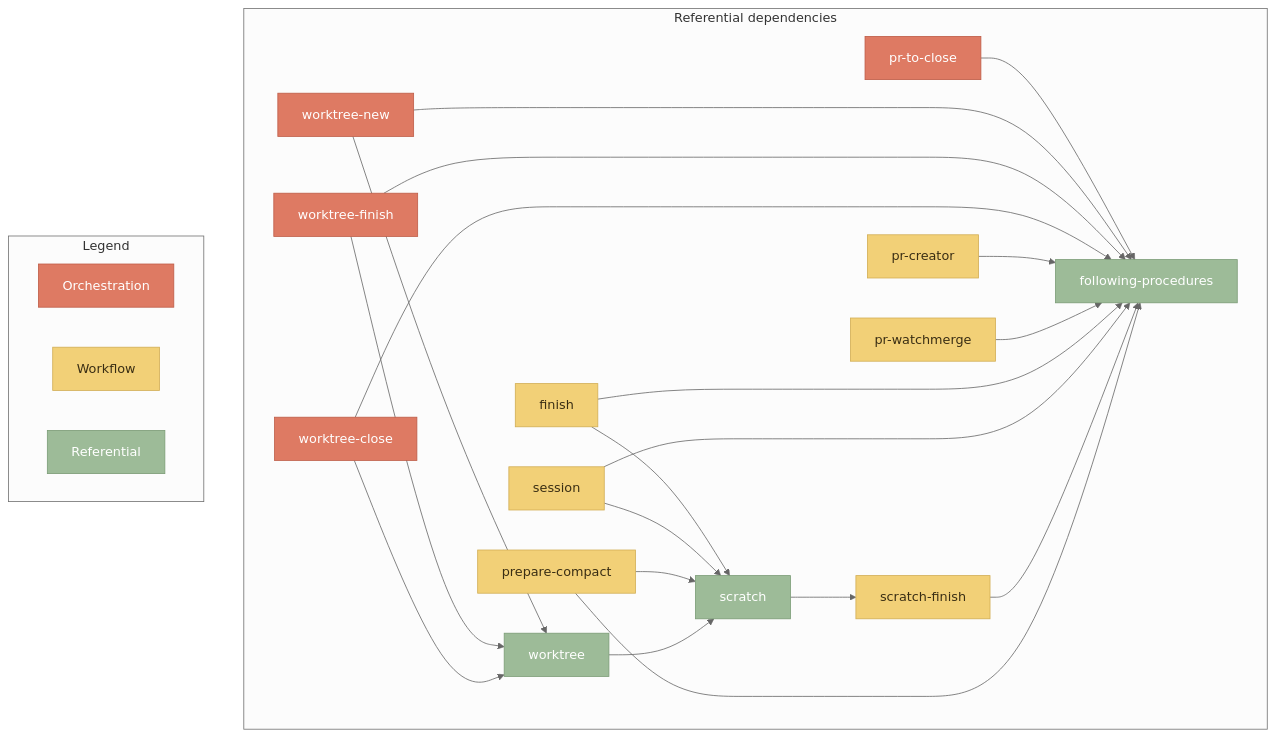
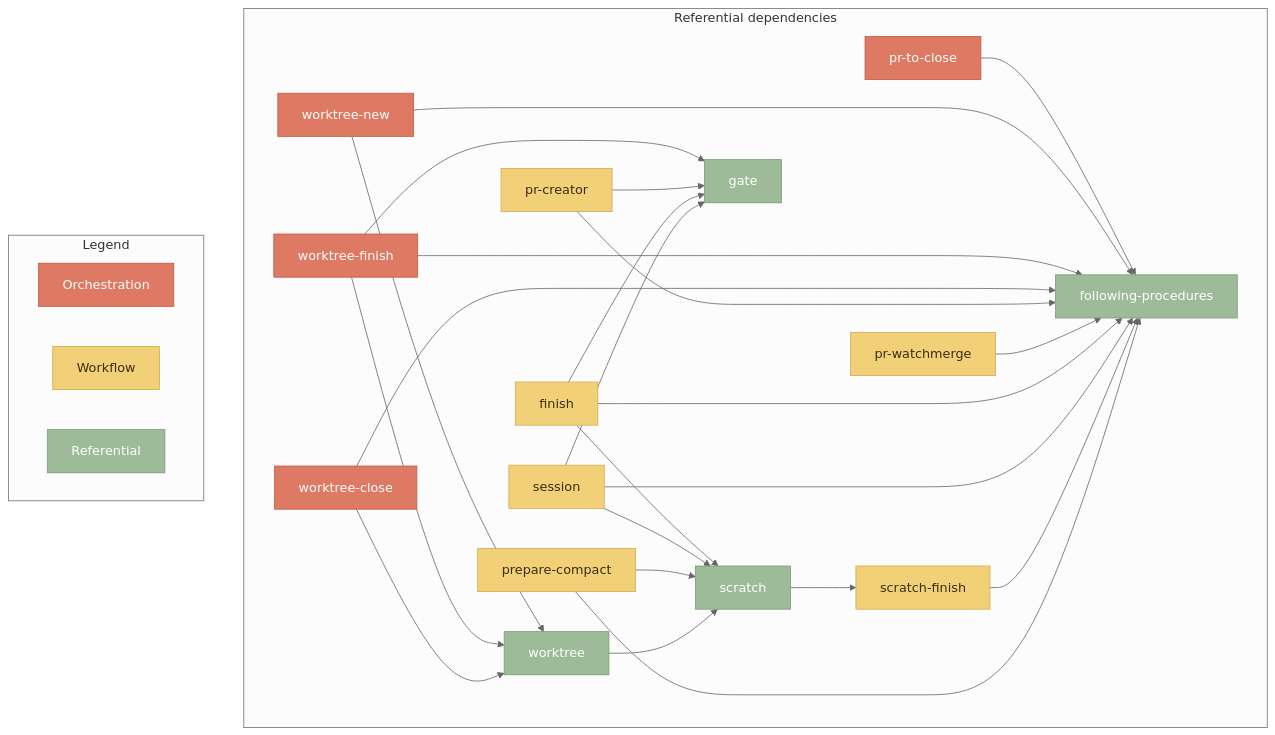
The diagram in docs/diagrams/skill-relations-referential.mmd (FAZuH/agent), drawn with Mermaid before and after one commit. The commit also changed 3 other files, not shown here.

First line of the commit message:
docs: gate vocabulary in README, diagram, and commit-scopes doc

```diff
--- a/docs/diagrams/skill-relations-referential.mmd
+++ b/docs/diagrams/skill-relations-referential.mmd
@@ -1,58 +1,64 @@
 ---
 config:
   theme: 'neutral'
 ---
 flowchart TD
     subgraph refdeps["Referential dependencies"]
         direction LR
         following_procedures["following-procedures"]
         scratch["scratch"]
         worktree["worktree"]
+        gate["gate"]
 
         pr_to_close_r["pr-to-close"]
         worktree_new_r["worktree-new"]
         worktree_finish_r["worktree-finish"]
         worktree_close_r["worktree-close"]
         pr_creator_r["pr-creator"]
         pr_watchmerge_r["pr-watchmerge"]
         finish_r["finish"]
         session_r["session"]
         scratch_finish_r["scratch-finish"]
         prepare_compact_r["prepare-compact"]
 
         pr_to_close_r --> following_procedures
         worktree_new_r --> following_procedures
         worktree_finish_r --> following_procedures
         worktree_close_r --> following_procedures
         pr_creator_r --> following_procedures
         pr_watchmerge_r --> following_procedures
         finish_r --> following_procedures
         session_r --> following_procedures
         scratch_finish_r --> following_procedures
         prepare_compact_r --> following_procedures
 
         worktree_new_r --> worktree
         worktree_finish_r --> worktree
         worktree_close_r --> worktree
 
         finish_r --> scratch
         session_r --> scratch
         prepare_compact_r --> scratch
         worktree --> scratch
         scratch --> scratch_finish_r
+
+        worktree_finish_r --> gate
+        pr_creator_r --> gate
+        finish_r --> gate
+        session_r --> gate
     end
 
     subgraph legend["Legend"]
         direction LR
         L_orch["Orchestration"]
         L_work["Workflow"]
         L_ref["Referential"]
     end
 
     classDef orchestration fill:#DE7A63,stroke:#BE5D48,color:#FFFFFF
     classDef workflow fill:#F2D077,stroke:#D1AD54,color:#3A2E14
     classDef referential fill:#9DBB98,stroke:#7B9C76,color:#FFFFFF
 
-    class L_ref,following_procedures,scratch,worktree referential
+    class L_ref,following_procedures,scratch,worktree,gate referential
     class L_orch,pr_to_close_r,worktree_new_r,worktree_finish_r,worktree_close_r orchestration
     class L_work,pr_creator_r,pr_watchmerge_r,finish_r,session_r,scratch_finish_r,prepare_compact_r workflow
```
